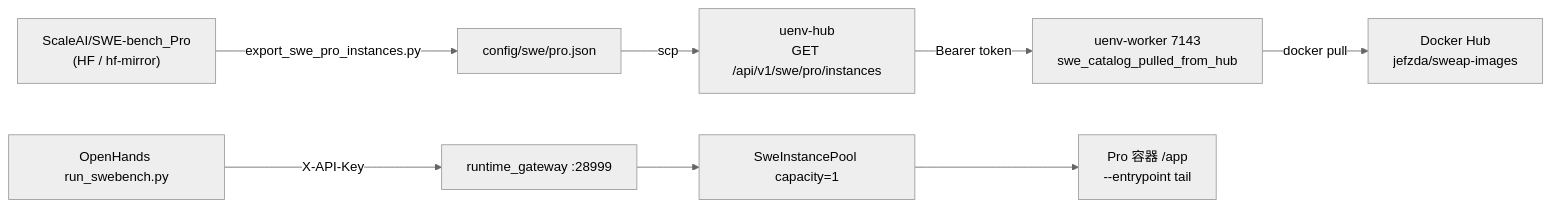
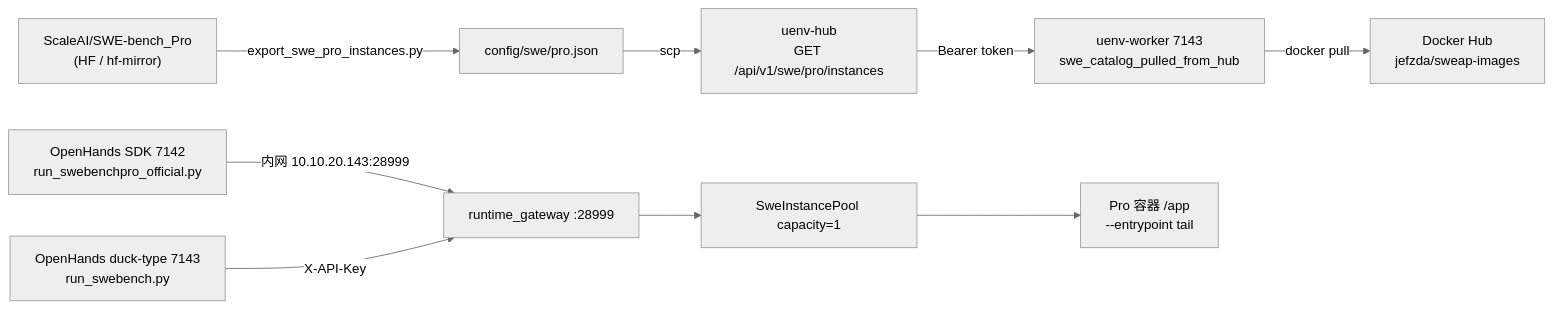
Before and after one commit to audreyyan1015/uenv_pre_release: the diagram in Docs/260624-swe-bench-pro-7143-联调报告.md, drawn with Mermaid (neutral theme). The commit also changed other lines of this file and 28 other files, not shown here.

First line of the commit message:
feat(swe): 轨迹捕获与 OpenHands 官方 SDK 7142 接入，联调报告 v1.3

````diff
--- a/Docs/260624-swe-bench-pro-7143-联调报告.md
+++ b/Docs/260624-swe-bench-pro-7143-联调报告.md
@@ -43,10 +47,11 @@
 ```mermaid
 flowchart LR
     HF["ScaleAI/SWE-bench_Pro<br/>(HF / hf-mirror)"] -->|export_swe_pro_instances.py| JSON["config/swe/pro.json"]
     JSON -->|scp| Hub["uenv-hub<br/>GET /api/v1/swe/pro/instances"]
     Hub -->|Bearer token| Worker["uenv-worker 7143<br/>swe_catalog_pulled_from_hub"]
     Worker -->|docker pull| DH["Docker Hub<br/>jefzda/sweap-images"]
-    OH["OpenHands run_swebench.py"] -->|X-API-Key| GW["runtime_gateway :28999"]
+    OH7142["OpenHands SDK 7142<br/>run_swebenchpro_official.py"] -->|内网 10.10.20.143:28999| GW
+    OH["OpenHands duck-type 7143<br/>run_swebench.py"] -->|X-API-Key| GW["runtime_gateway :28999"]
     GW --> Pool["SweInstancePool capacity=1"]
     Pool --> CT["Pro 容器 /app<br/>--entrypoint tail"]
 ```
````
